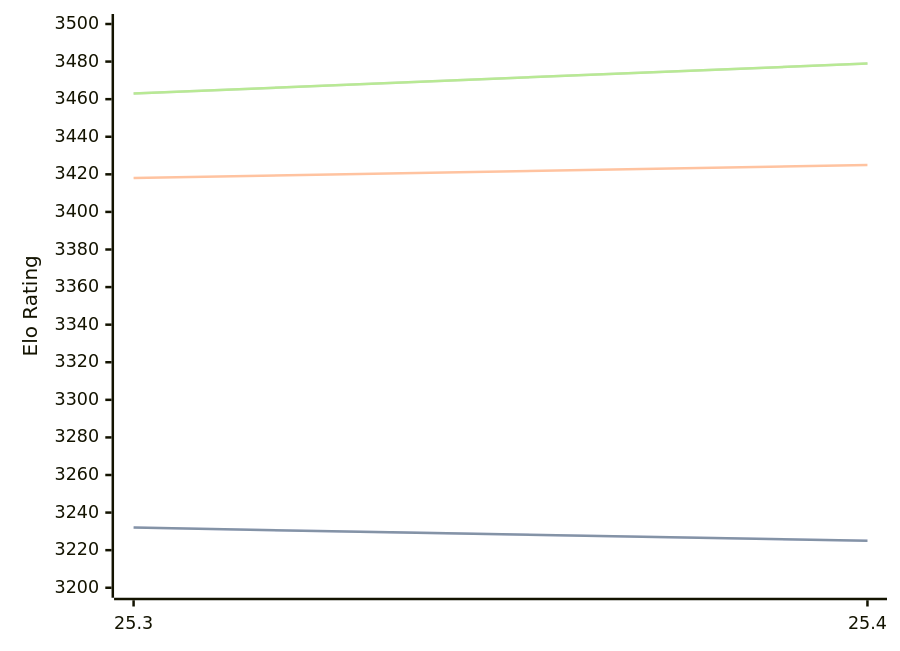
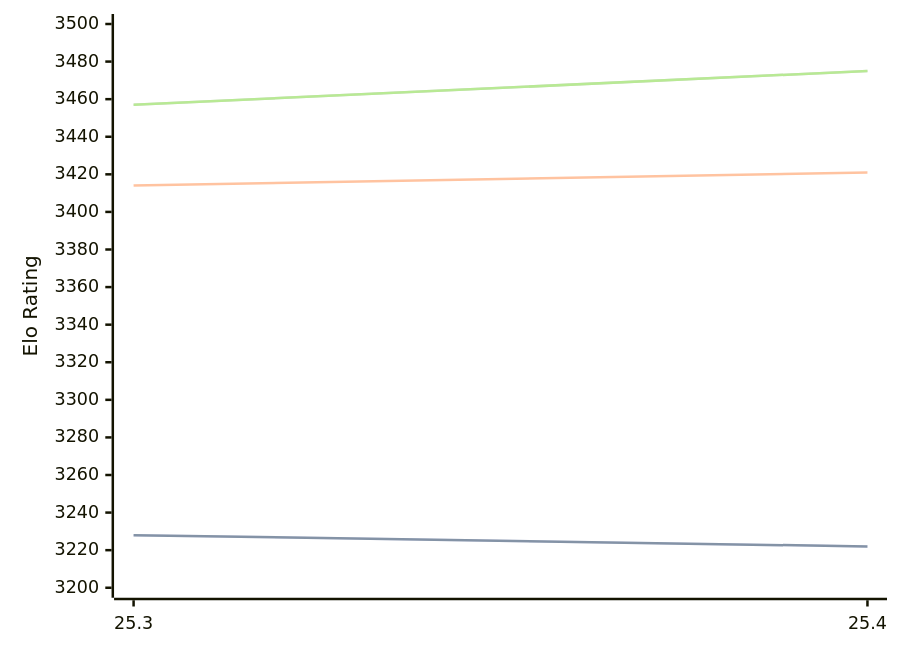
The third of 3 diagrams in engines/Arasan.md (computer-chess-index/cci), drawn with Mermaid before and after one commit. The commit also changed other lines of this file, not shown here.

Commit message:
Update CCI Ratings (ELO VLTC) - 2026-07-16

````diff
--- a/engines/Arasan.md
+++ b/engines/Arasan.md
@@ -66,11 +66,11 @@
 ```mermaid
 %%{init: {"theme":"base","themeVariables":{"seriesColors:['#a3a3a3','#222221','#faa371']}}}%%
 xychart-beta
   x-axis ["25.3", "25.4"]
   y-axis "Elo Rating" 3200 --> 3500
-  line "STC (8.0+0.08s)" [3232, 3225]
-  line "STC (8.0+0.08s)" [3232, 3225]
-  line "LTC (60.0+0.60s)" [3418, 3425]
-  line "VLTC (2m24s+1.12s)" [3463, 3479]
-  line "VLTC (2m24s+1.12s)" [3463, 3479]
+  line "STC (8.0+0.08s)" [3228, 3222]
+  line "STC (8.0+0.08s)" [3228, 3222]
+  line "LTC (60.0+0.60s)" [3414, 3421]
+  line "VLTC (2m24s+1.12s)" [3457, 3475]
+  line "VLTC (2m24s+1.12s)" [3457, 3475]
 ```
````
